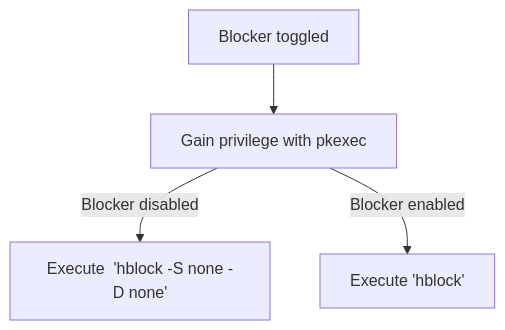
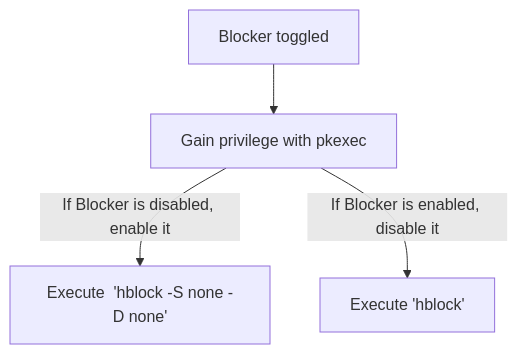
The diagram in README.md (pesader/gnome-shell-extension-blocker), drawn with Mermaid before and after one commit. The commit also changed 1 other file, not shown here.

Commit message:
docs: fix wrong labels in flowchart

````diff
--- a/README.md
+++ b/README.md
@@ -35,7 +35,7 @@
 ```mermaid
 flowchart TD
 
 A["Blocker toggled"] --> B["Gain privilege with pkexec"]
-B -- Blocker disabled --> C["Execute  'hblock -S none -D none'"]
-B -- Blocker enabled --> D["Execute  'hblock'"]
+B -- If Blocker is disabled, enable it --> C["Execute  'hblock -S none -D none'"]
+B -- If Blocker is enabled, disable it --> D["Execute  'hblock'"]
 ```
````
